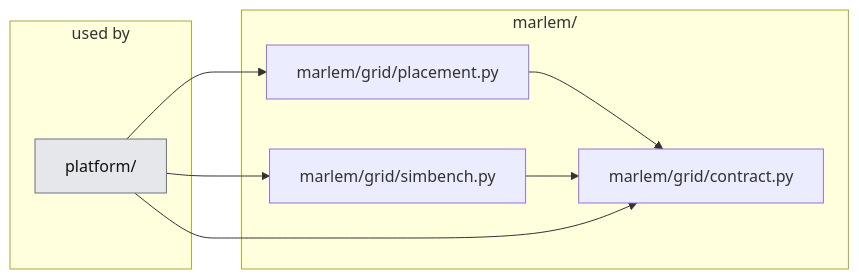
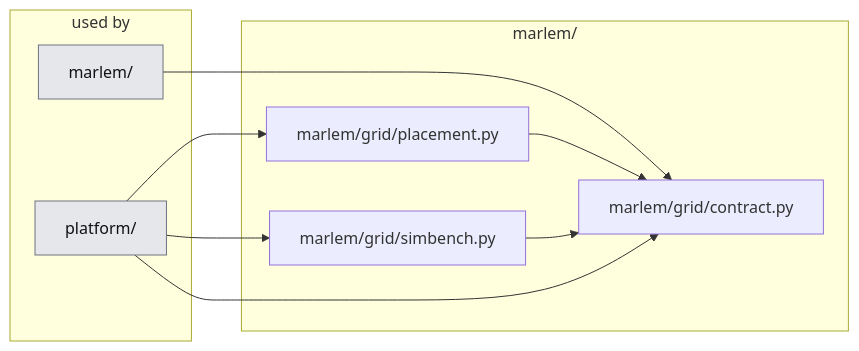
One commit to KevinRapo/P2P-thesis changed the second of 2 diagrams in docs_thesis/thesis/architecture/01-simbench-grid.md. Above: the diagram before and after it, drawn with Mermaid. The commit also changed 4 other files, not shown here.

````diff
--- a/docs_thesis/thesis/architecture/01-simbench-grid.md
+++ b/docs_thesis/thesis/architecture/01-simbench-grid.md
@@ -67,17 +67,19 @@
 ```mermaid
 flowchart LR
   subgraph USERS["used by"]
+    n_marlem__users_["marlem/"]:::ext
     n_platform__users_["platform/"]:::ext
   end
   subgraph g_marlem["marlem/"]
     n_marlem_grid_contract["marlem/grid/contract.py"]
     n_marlem_grid_placement["marlem/grid/placement.py"]
     n_marlem_grid_simbench["marlem/grid/simbench.py"]
   end
+  n_marlem__users_ --> n_marlem_grid_contract
   n_marlem_grid_placement --> n_marlem_grid_contract
   n_marlem_grid_simbench --> n_marlem_grid_contract
   n_platform__users_ --> n_marlem_grid_contract
   n_platform__users_ --> n_marlem_grid_placement
   n_platform__users_ --> n_marlem_grid_simbench
   classDef ext fill:#e5e7eb,stroke:#6b7280,color:#111
 ```
````
